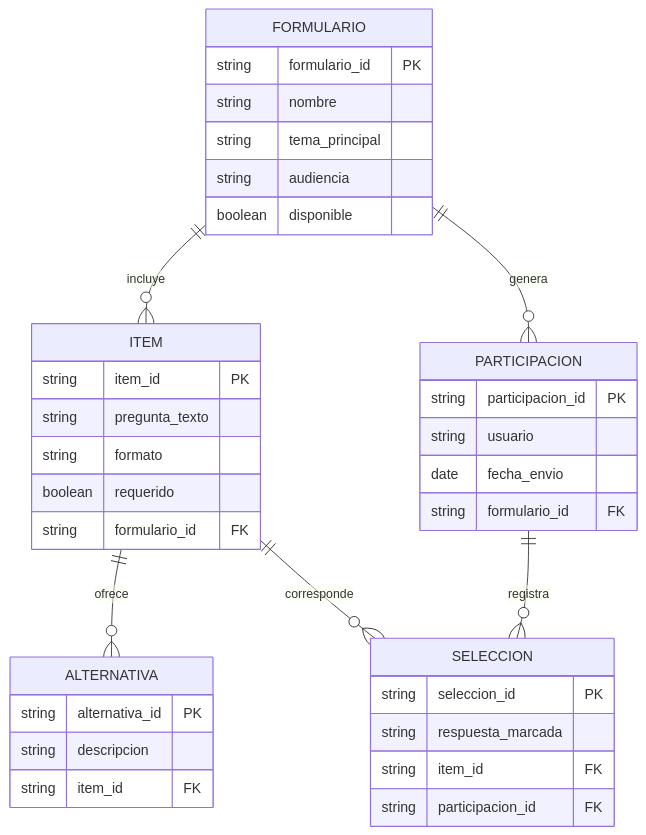
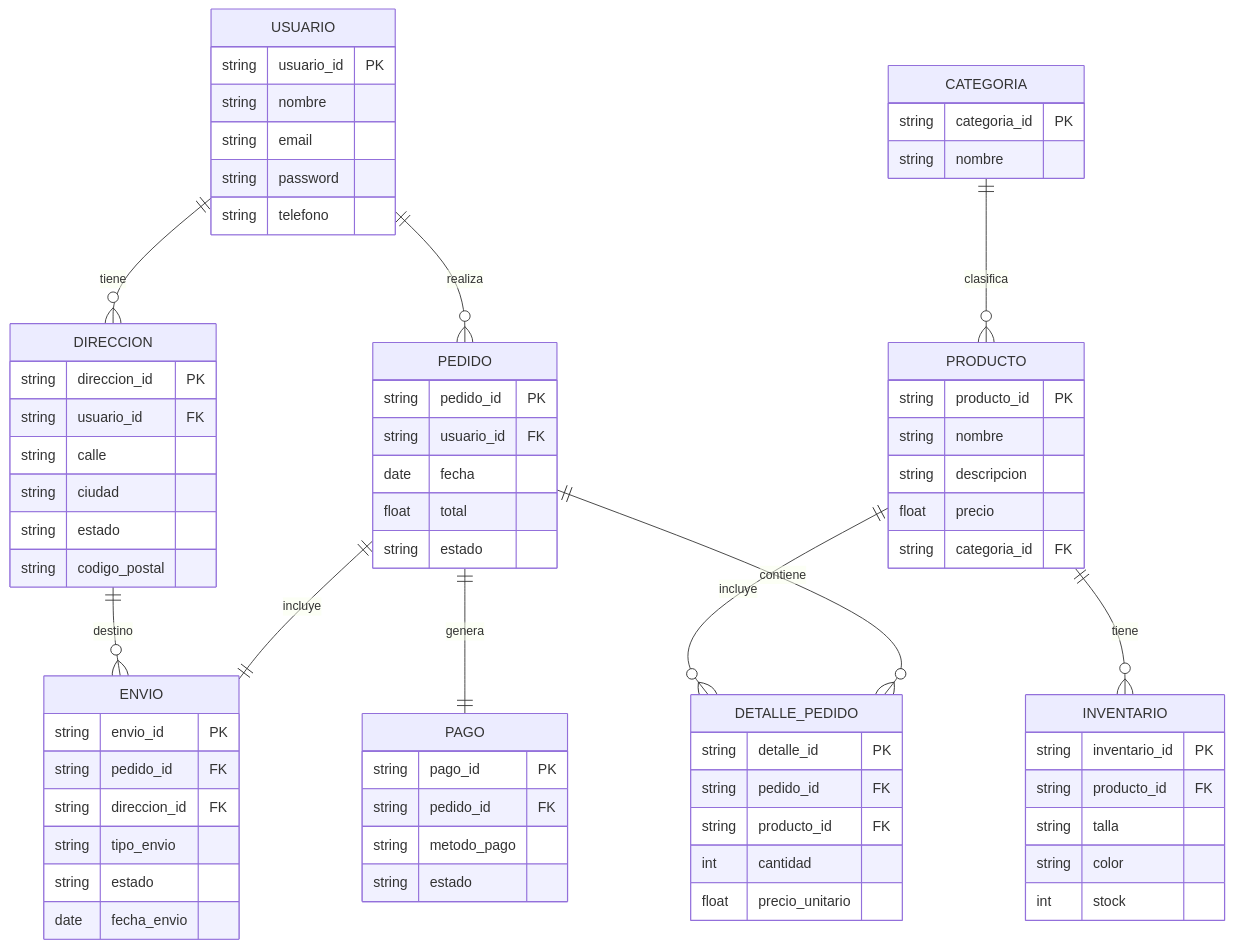
Before and after one commit to trujillovelazqueznadiam3s2-ctrl/Tienda-de-Shein: the diagram in schema.mmd, drawn with Mermaid.

Commit message:
Actualizar schema.mmd

````diff
--- a/schema.mmd
+++ b/schema.mmd
@@ -1,43 +1,83 @@
+```mermaid
 erDiagram
 
-    FORMULARIO ||--o{ ITEM : incluye
-    ITEM ||--o{ ALTERNATIVA : ofrece
-    FORMULARIO ||--o{ PARTICIPACION : genera
-    PARTICIPACION ||--o{ SELECCION : registra
-    ITEM ||--o{ SELECCION : corresponde
+    USUARIO ||--o{ DIRECCION : tiene
+    USUARIO ||--o{ PEDIDO : realiza
+    PEDIDO ||--o{ DETALLE_PEDIDO : contiene
+    PRODUCTO ||--o{ DETALLE_PEDIDO : incluye
+    CATEGORIA ||--o{ PRODUCTO : clasifica
+    PRODUCTO ||--o{ INVENTARIO : tiene
+    PEDIDO ||--|| PAGO : genera
+    PEDIDO ||--|| ENVIO : incluye
+    DIRECCION ||--o{ ENVIO : destino
 
-    FORMULARIO {
-        string formulario_id PK
+    USUARIO {
+        string usuario_id PK
         string nombre
-        string tema_principal
-        string audiencia
-        boolean disponible
+        string email
+        string password
+        string telefono
     }
 
-    ITEM {
-        string item_id PK
-        string pregunta_texto
-        string formato
-        boolean requerido
-        string formulario_id FK
+    DIRECCION {
+        string direccion_id PK
+        string usuario_id FK
+        string calle
+        string ciudad
+        string estado
+        string codigo_postal
     }
 
-    ALTERNATIVA {
-        string alternativa_id PK
+    PRODUCTO {
+        string producto_id PK
+        string nombre
         string descripcion
-        string item_id FK
+        float precio
+        string categoria_id FK
     }
 
-    PARTICIPACION {
-        string participacion_id PK
-        string usuario
-        date fecha_envio
-        string formulario_id FK
+    CATEGORIA {
+        string categoria_id PK
+        string nombre
     }
 
-    SELECCION {
-        string seleccion_id PK
-        string respuesta_marcada
-        string item_id FK
-        string participacion_id FK
+    INVENTARIO {
+        string inventario_id PK
+        string producto_id FK
+        string talla
+        string color
+        int stock
     }
+
+    PEDIDO {
+        string pedido_id PK
+        string usuario_id FK
+        date fecha
+        float total
+        string estado
+    }
+
+    DETALLE_PEDIDO {
+        string detalle_id PK
+        string pedido_id FK
+        string producto_id FK
+        int cantidad
+        float precio_unitario
+    }
+
+    PAGO {
+        string pago_id PK
+        string pedido_id FK
+        string metodo_pago
+        string estado
+    }
+
+    ENVIO {
+        string envio_id PK
+        string pedido_id FK
+        string direccion_id FK
+        string tipo_envio
+        string estado
+        date fecha_envio
+    }
+```
````
